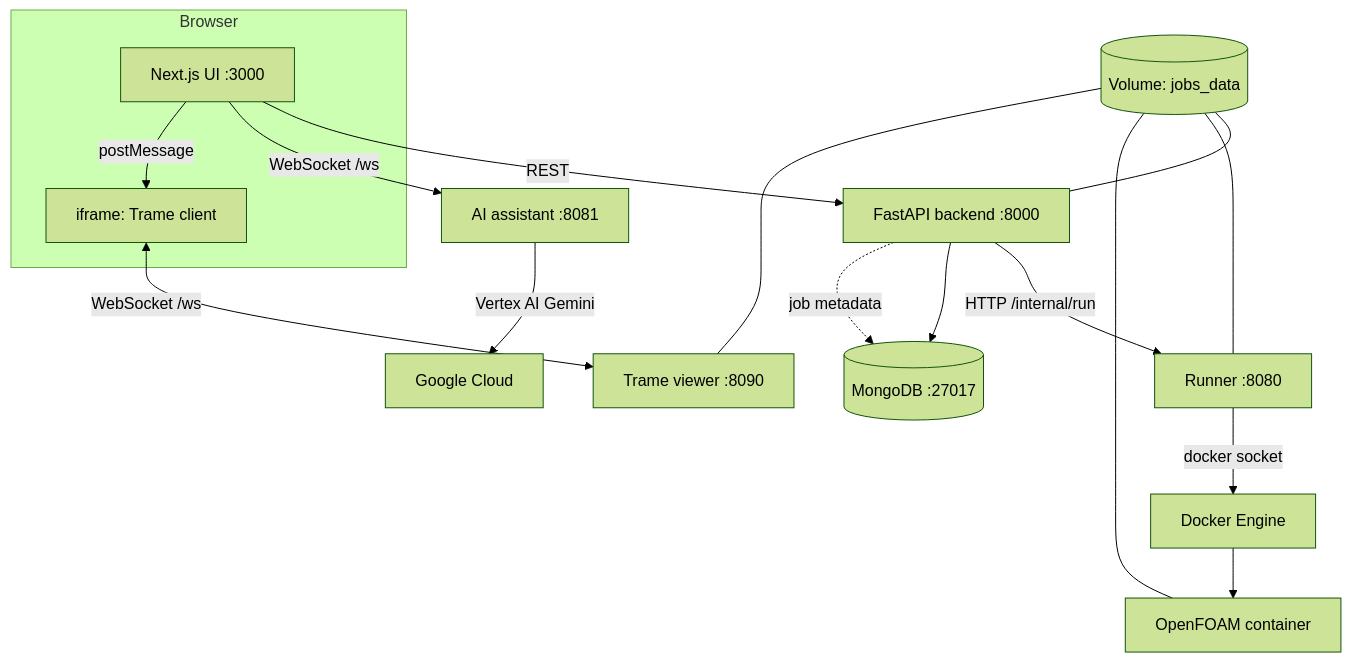
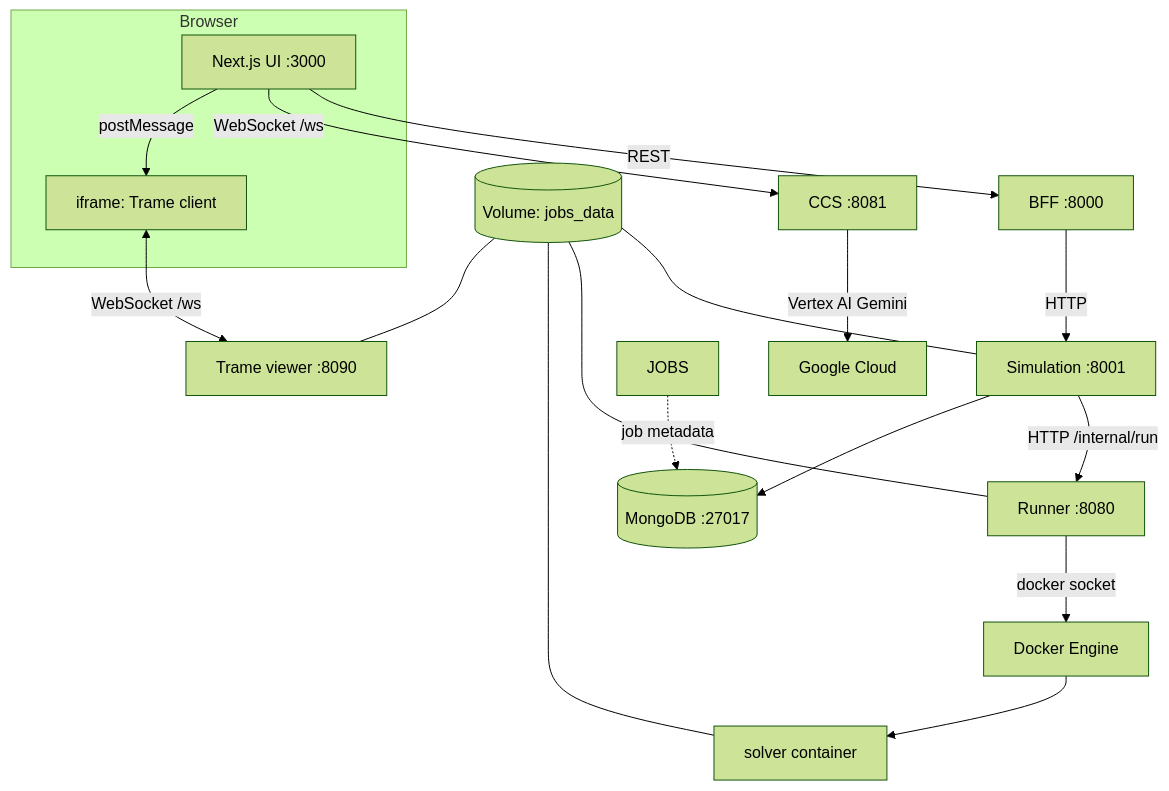
One commit to Farhadkm/openfoam-web changed the diagram in README.md. Above: the diagram before and after it, drawn with Mermaid (forest theme). The commit also changed other lines of this file and 194 other files, not shown here.

````diff
--- a/README.md
+++ b/README.md
@@ -24,26 +26,27 @@
 ```mermaid
 flowchart TB
   subgraph browser["Browser"]
     UI[Next.js UI :3000]
     IFR[iframe: Trame client]
   end
 
-  UI -->|REST| API[FastAPI backend :8000]
-  UI -->|WebSocket /ws| AI[AI assistant :8081]
+  UI -->|REST| BFF[BFF :8000]
+  UI -->|WebSocket /ws| CCS[CCS :8081]
+  BFF -->|HTTP| SIM[Simulation :8001]
   UI -->|postMessage| IFR
   IFR <-->|WebSocket /ws| TR[Trame viewer :8090]
 
-  API -->|HTTP /internal/run| RUN[Runner :8080]
+  SIM -->|HTTP /internal/run| RUN[Runner :8080]
   RUN -->|docker socket| ENG[Docker Engine]
-  ENG --> OF[OpenFOAM container]
+  ENG --> OF[solver container]
 
-  API --> MDB[(MongoDB :27017)]
-  AI -->|Vertex AI Gemini| VTX[Google Cloud]
+  SIM --> MDB[(MongoDB :27017)]
+  CCS -->|Vertex AI Gemini| VTX[Google Cloud]
 
-  Vol[(Volume: jobs_data)] --- API
+  Vol[(Volume: jobs_data)] --- SIM
   Vol --- RUN
   Vol --- OF
   Vol --- TR
 
-  API -.->|job metadata| MDB
+  JOBS -.->|job metadata| MDB
 ```
````
